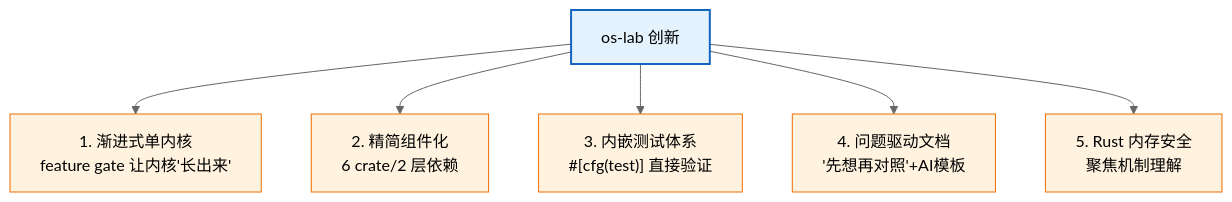
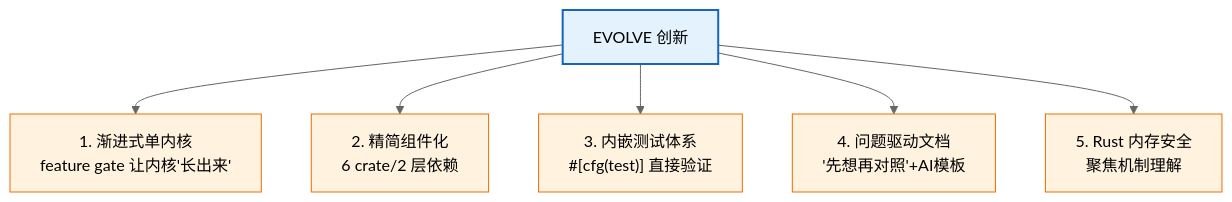
Before and after one commit to AM-SuSh/EVOLVE: the fifth of 5 diagrams in os-lab/docs/design-report.md, drawn with Mermaid (neutral theme). The commit also changed other lines of this file and 23 other files, not shown here.

````diff
--- a/os-lab/docs/design-report.md
+++ b/os-lab/docs/design-report.md
@@ -184,14 +184,14 @@
 ```mermaid
 graph TD
-    O["os-lab 创新"]
+    O["EVOLVE 创新"]
     O --> I1["1. 渐进式单内核<br/>feature gate 让内核'长出来'"]
     O --> I2["2. 精简组件化<br/>6 crate/2 层依赖"]
     O --> I3["3. 内嵌测试体系<br/>#[cfg(test)] 直接验证"]
     O --> I4["4. 问题驱动文档<br/>'先想再对照'+AI模板"]
     O --> I5["5. Rust 内存安全<br/>聚焦机制理解"]
 
     classDef root fill:#e3f2fd,stroke:#1565c0,stroke-width:2px;
     classDef innov fill:#fff3e0,stroke:#ef6c00;
     class O root;
     class I1,I2,I3,I4,I5 innov;
 ```
````
